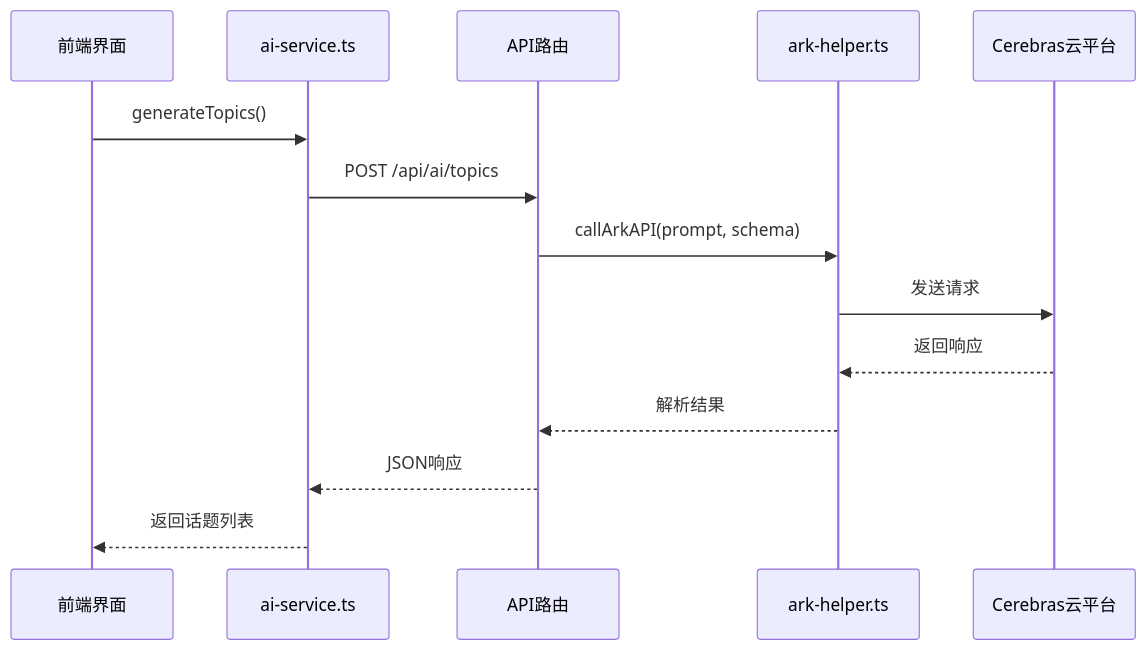
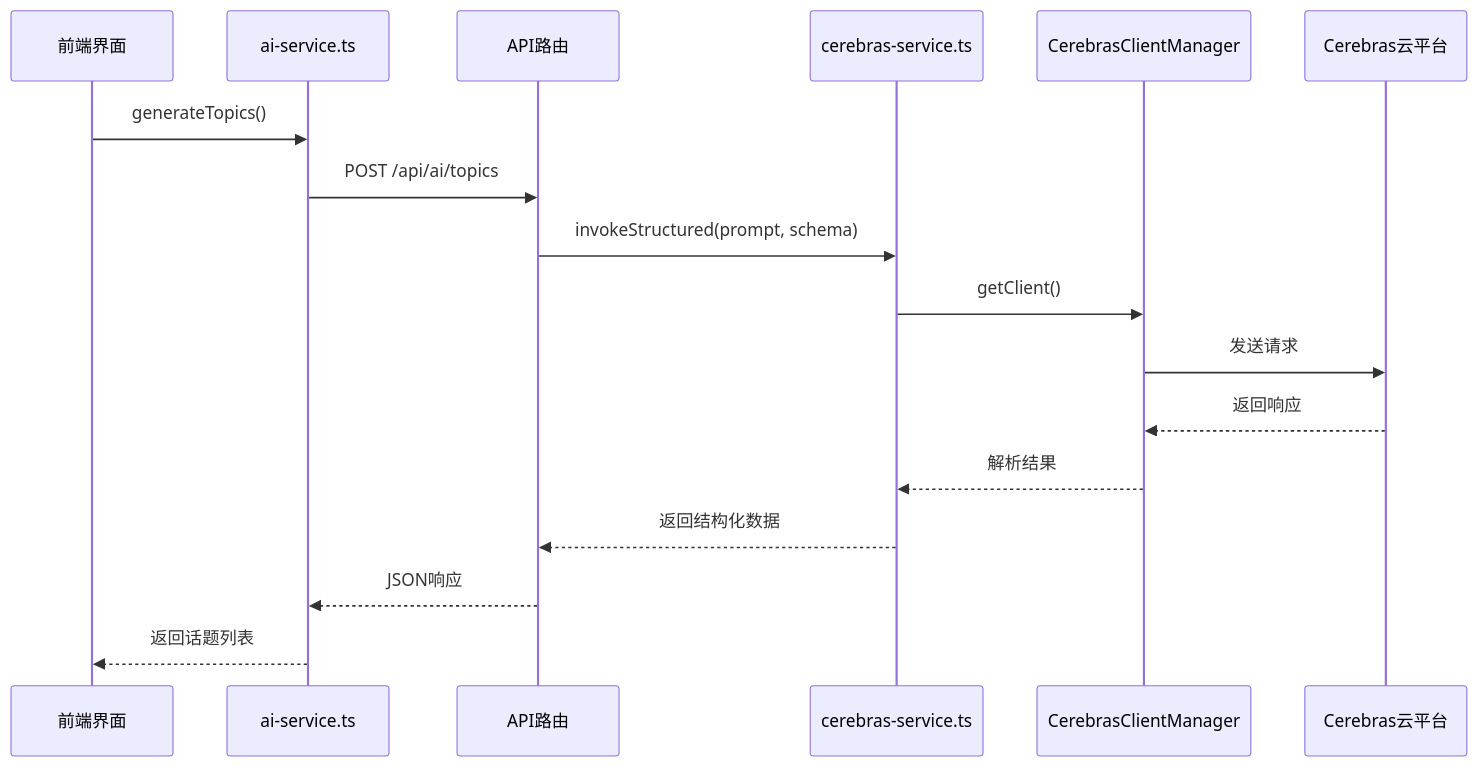
One commit to arthurlee116/english-listening-trainer changed the second of 7 diagrams in .qoder/repowiki/zh/content/核心功能模块/AI内容生成.md. Above: the diagram before and after it, drawn with Mermaid. The commit also changed other lines of this file and 12 other files, not shown here.

````diff
--- a/.qoder/repowiki/zh/content/核心功能模块/AI内容生成.md
+++ b/.qoder/repowiki/zh/content/核心功能模块/AI内容生成.md
@@ -76,16 +89,19 @@
 ```mermaid
 sequenceDiagram
 participant 前端 as 前端界面
 participant 客户端服务 as ai-service.ts
 participant 服务端路由 as API路由
-participant AI助手 as ark-helper.ts
+participant AI服务 as cerebras-service.ts
+participant 客户端管理器 as CerebrasClientManager
 participant Cerebras云 as Cerebras云平台
 前端->>客户端服务 : generateTopics()
 客户端服务->>服务端路由 : POST /api/ai/topics
-服务端路由->>AI助手 : callArkAPI(prompt, schema)
-AI助手->>Cerebras云 : 发送请求
-Cerebras云-->>AI助手 : 返回响应
-AI助手-->>服务端路由 : 解析结果
+服务端路由->>AI服务 : invokeStructured(prompt, schema)
+AI服务->>客户端管理器 : getClient()
+客户端管理器->>Cerebras云 : 发送请求
+Cerebras云-->>客户端管理器 : 返回响应
+客户端管理器-->>AI服务 : 解析结果
+AI服务-->>服务端路由 : 返回结构化数据
 服务端路由-->>客户端服务 : JSON响应
 客户端服务-->>前端 : 返回话题列表
 ```
````
